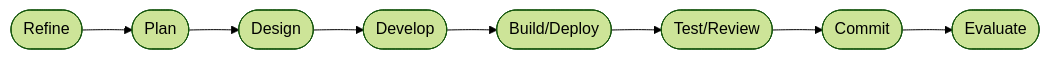
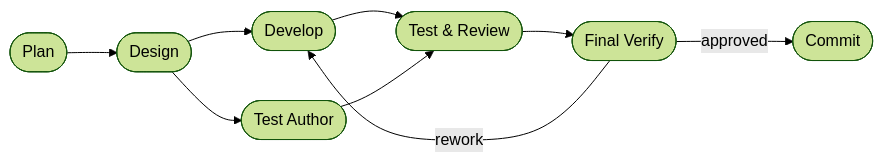
The diagram in .dev/DASHBOARD.md (hjhun/tizenclaw), drawn with Mermaid (forest theme) before and after one commit. The commit also changed other lines of this file and 4 other files, not shown here.

````diff
--- a/.dev/DASHBOARD.md
+++ b/.dev/DASHBOARD.md
@@ -15,10 +16,11 @@
 ```mermaid
 flowchart LR
-    refine([Refine]) --> plan([Plan])
-    plan --> design([Design])
+    plan([Plan]) --> design([Design])
     design --> develop([Develop])
-    develop --> build_deploy([Build/Deploy])
-    build_deploy --> test_review([Test/Review])
-    test_review --> commit([Commit])
-    commit --> evaluate([Evaluate])
+    design --> test_author([Test Author])
+    develop --> test_review([Test & Review])
+    test_author --> test_review
+    test_review --> final_verify([Final Verify])
+    final_verify -->|approved| commit([Commit])
+    final_verify -->|rework| develop
 ```
````
